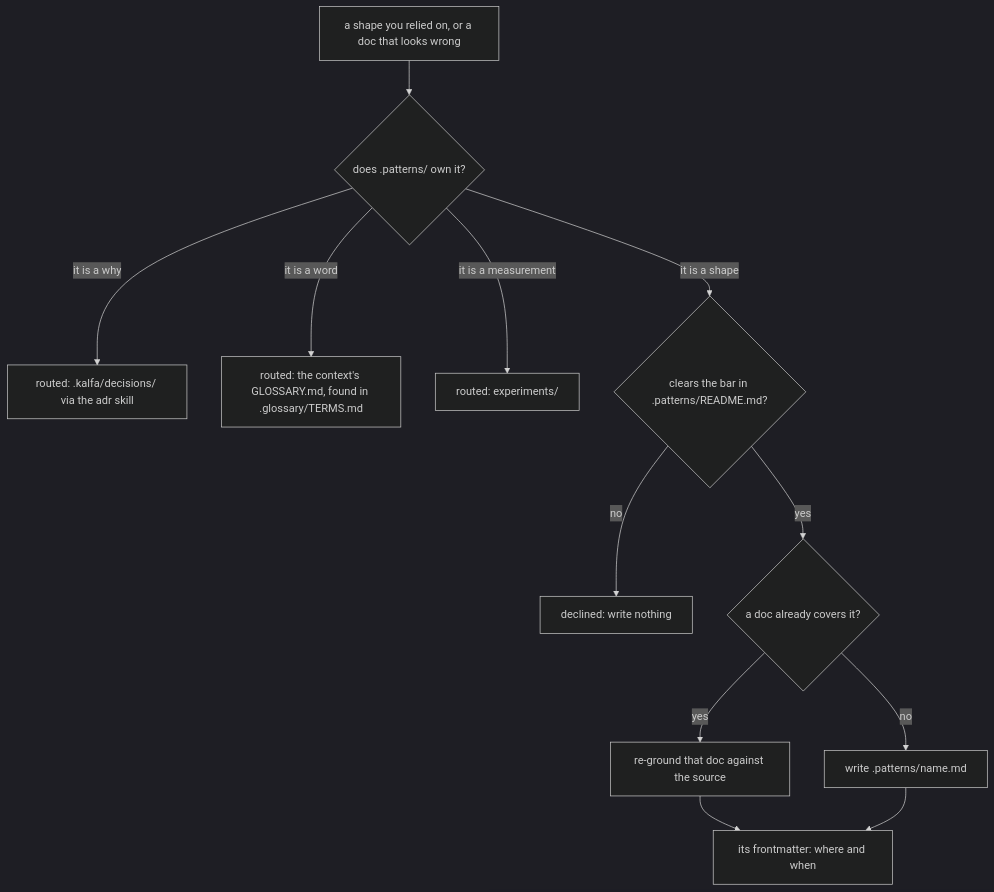
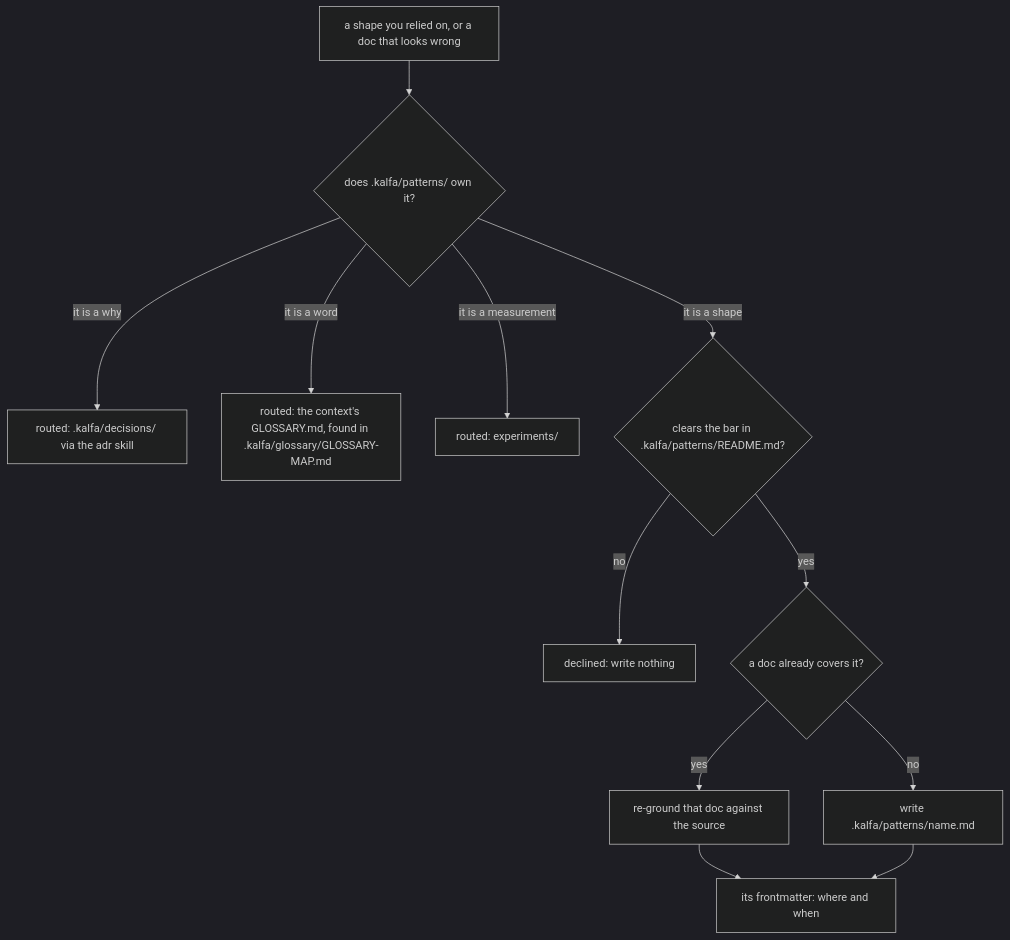
Before and after one commit to kamp-us/tea-fabrika: the diagram in .agents/skills/write-pattern/SKILL.md, drawn with Mermaid (dark theme). The commit also changed other lines of this file and 84 other files, not shown here.

First line of the commit message:
Every record folder moves under .kalfa/: glossary, runbooks, guidelines, patterns, with .kalfa/kalfa.toml saying where each lives

````diff
--- a/.agents/skills/write-pattern/SKILL.md
+++ b/.agents/skills/write-pattern/SKILL.md
@@ -17,14 +17,14 @@
 ```mermaid
 flowchart TD
-  start["a shape you relied on, or a doc that looks wrong"] --> owns{"does .patterns/ own it?"}
+  start["a shape you relied on, or a doc that looks wrong"] --> owns{"does .kalfa/patterns/ own it?"}
   owns -- "it is a why" --> routed["routed: .kalfa/decisions/ via the adr skill"]
-  owns -- "it is a word" --> routedWord["routed: the context's GLOSSARY.md, found in .glossary/TERMS.md"]
+  owns -- "it is a word" --> routedWord["routed: the context's GLOSSARY.md, found in .kalfa/glossary/GLOSSARY-MAP.md"]
   owns -- "it is a measurement" --> routedExp["routed: experiments/"]
-  owns -- "it is a shape" --> bar{"clears the bar in .patterns/README.md?"}
+  owns -- "it is a shape" --> bar{"clears the bar in .kalfa/patterns/README.md?"}
   bar -- no --> declined["declined: write nothing"]
   bar -- yes --> exists{"a doc already covers it?"}
   exists -- yes --> reground["re-ground that doc against the source"]
-  exists -- no --> write["write .patterns/name.md"]
+  exists -- no --> write["write .kalfa/patterns/name.md"]
   reground --> register["its frontmatter: where and when"]
   write --> register
 ```
````
